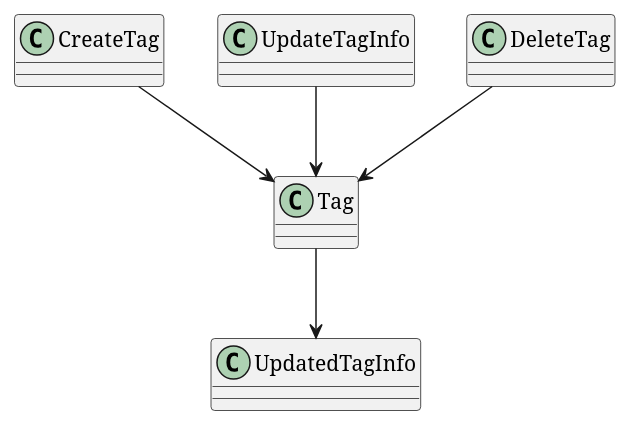
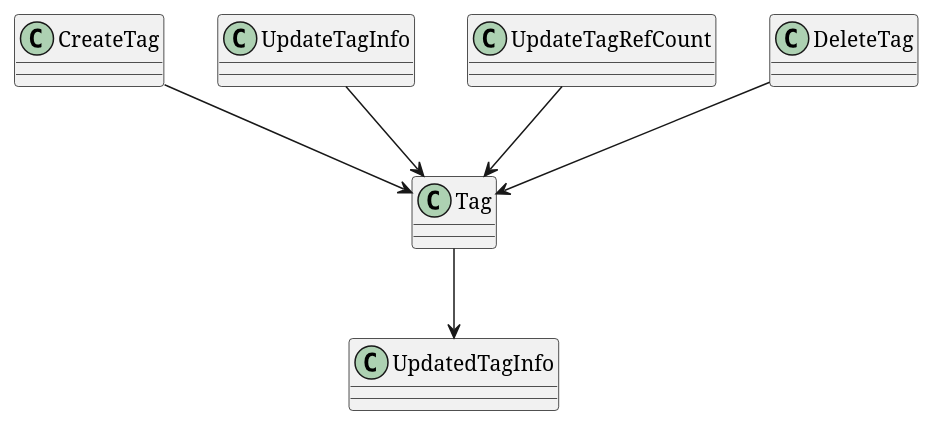
One commit to LDmoxeii/only4-KSP-cap4j changed the diagram in design/domain/tag/relationCDE.puml. Above: the diagram before and after it, drawn with PlantUML. The commit also changed 10 other files, not shown here.

```diff
--- a/design/domain/tag/relationCDE.puml
+++ b/design/domain/tag/relationCDE.puml
@@ -1,7 +1,8 @@
 @startuml
-CreateTag       -down-> Tag
-UpdateTagInfo   -down-> Tag
-DeleteTag       -down-> Tag
+CreateTag           -down-> Tag
+UpdateTagInfo       -down-> Tag
+UpdateTagRefCount   -down-> Tag
+DeleteTag           -down-> Tag
 
 Tag -down-> UpdatedTagInfo
 @enduml
```
